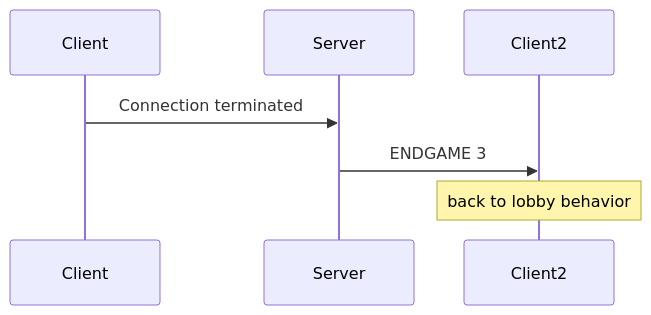
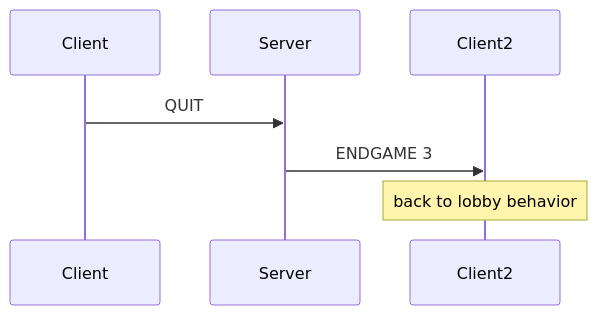
Before and after one commit to MauroWasTaken/dai-pw02-bader-santos: the sixth of 6 diagrams in README.md, drawn with Mermaid. The commit also changed other lines of this file and 1 other file, not shown here.

````diff
--- a/README.md
+++ b/README.md
@@ -355,7 +361,7 @@
 ```mermaid
 sequenceDiagram
-    Client->>Server: Connection terminated
+    Client->>Server: QUIT
 		Server ->> Client2: ENDGAME 3
 	  note over Client2 : back to lobby behavior
 	  
 ```
````
